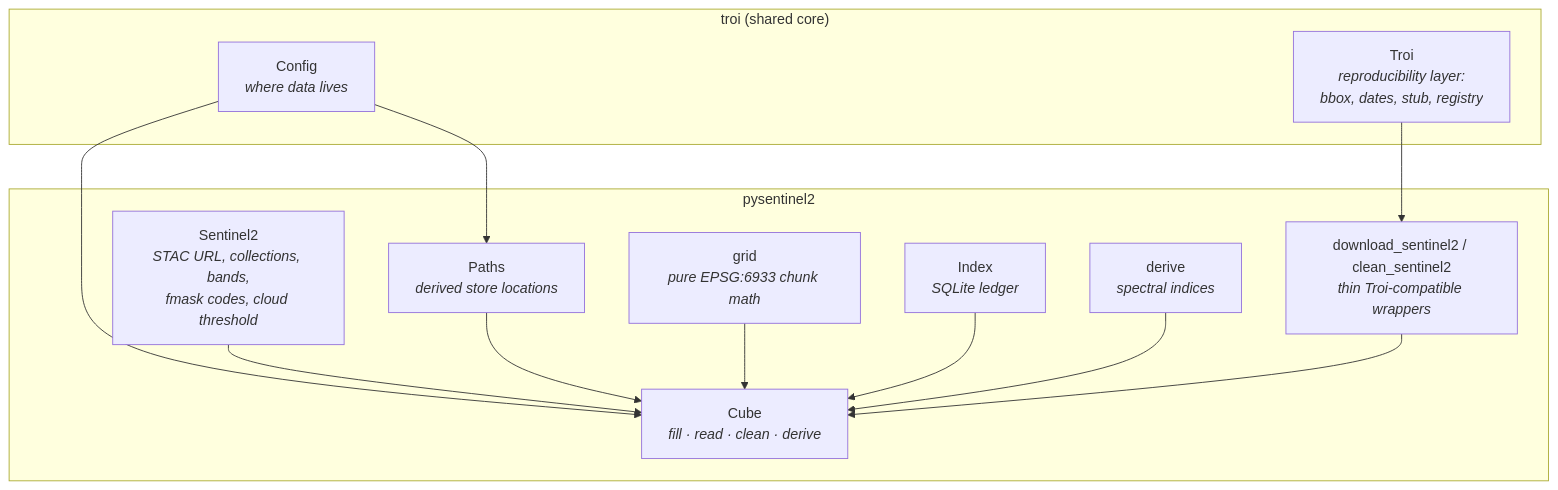
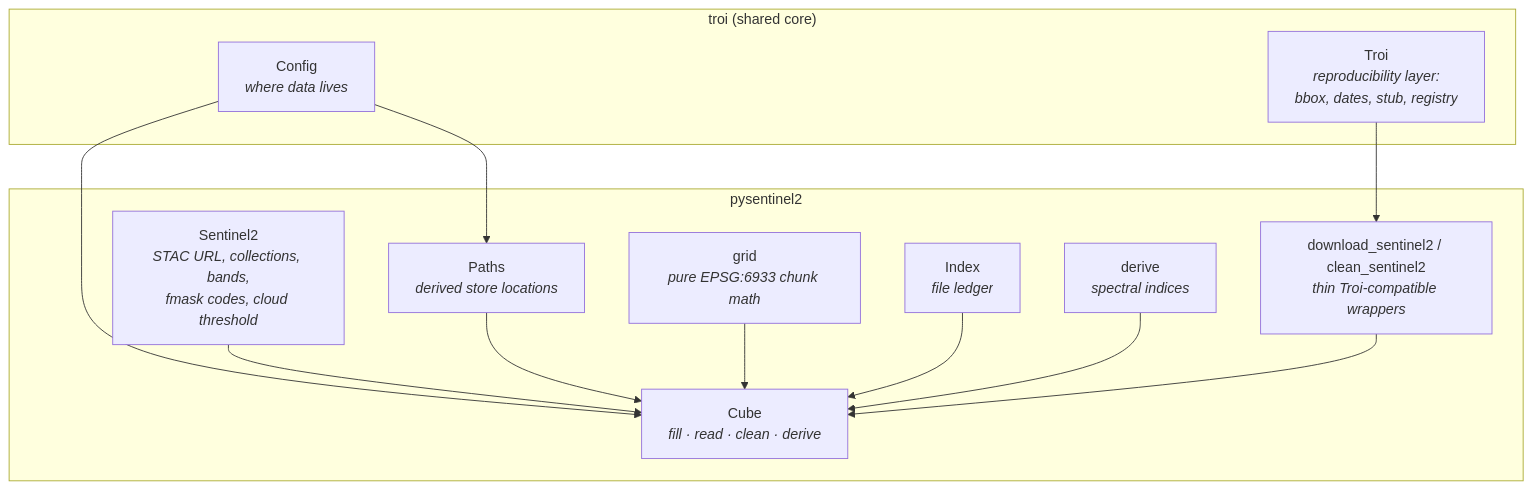
The first of 2 diagrams in docs/architecture.md (thestochasticman/pysentinel2), drawn with Mermaid before and after one commit. The commit also changed other lines of this file and 8 other files, not shown here.

````diff
--- a/docs/architecture.md
+++ b/docs/architecture.md
@@ -10,26 +10,26 @@
 ```mermaid
 flowchart TD
     subgraph troi["troi (shared core)"]
         CFG["Config<br/><i>where data lives</i>"]
         QRY["Troi<br/><i>reproducibility layer:<br/>bbox, dates, stub, registry</i>"]
     end
 
     subgraph pysentinel2
         S2["Sentinel2<br/><i>STAC URL, collections, bands,<br/>fmask codes, cloud threshold</i>"]
         P["Paths<br/><i>derived store locations</i>"]
         G["grid<br/><i>pure EPSG:6933 chunk math</i>"]
-        IX["Index<br/><i>SQLite ledger</i>"]
+        IX["Index<br/><i>file ledger</i>"]
         CB["Cube<br/><i>fill · read · clean · derive</i>"]
         DRV["derive<br/><i>spectral indices</i>"]
         DL["download_sentinel2 / clean_sentinel2<br/><i>thin Troi-compatible wrappers</i>"]
     end
 
     CFG --> P
     CFG --> CB
     S2 --> CB
     P --> CB
     G --> CB
     IX --> CB
     DRV --> CB
     QRY --> DL --> CB
 ```
````
